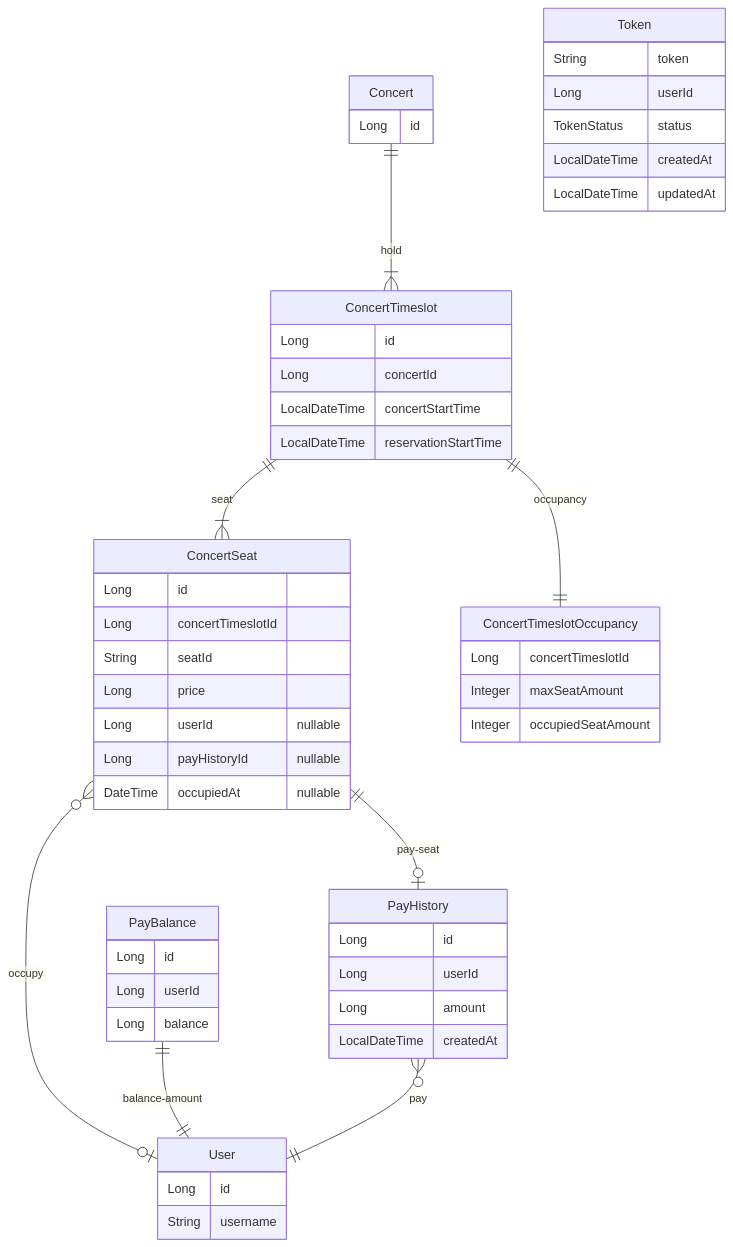
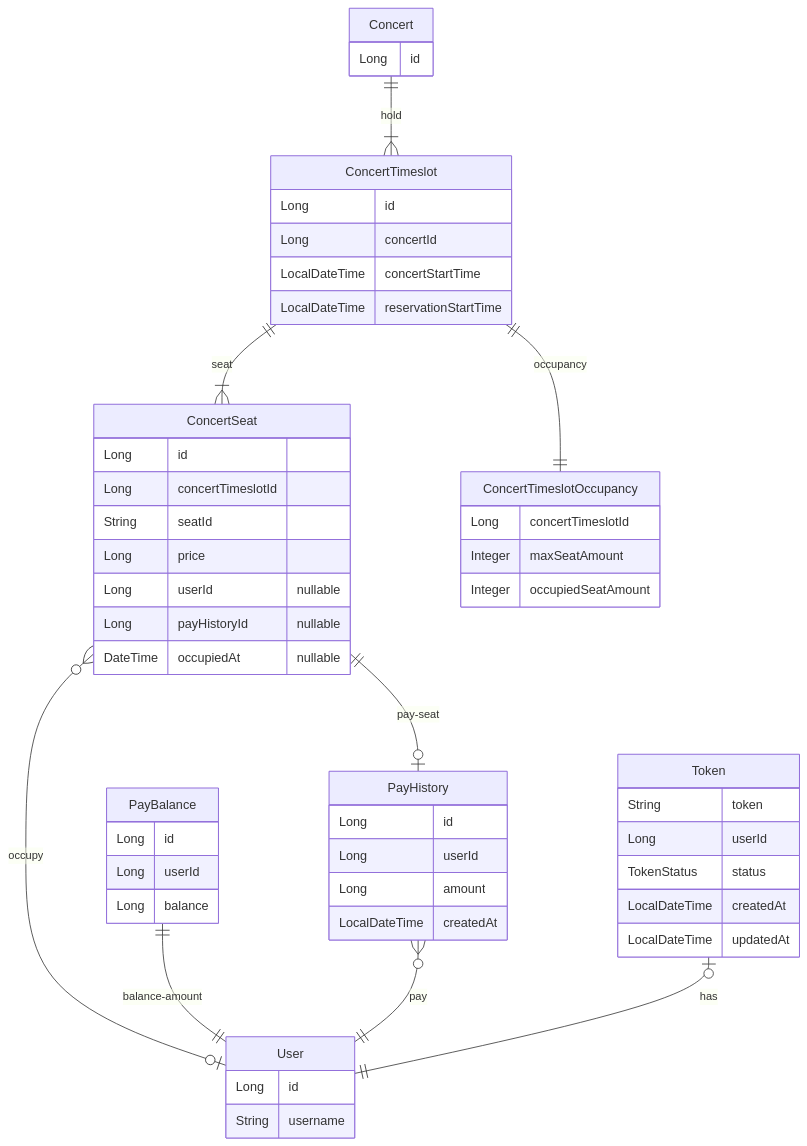
The eighth of 8 diagrams in week03_concert/README.md (JayHarrisonAhn/hhplus-assignment-tdd), drawn with Mermaid before and after one commit.

Commit message:
docs: fixed erd

````diff
--- a/week03_concert/README.md
+++ b/week03_concert/README.md
@@ -209,55 +209,56 @@
 ```mermaid
 erDiagram
 "Concert" {
     Long id
 }
 "ConcertTimeslot" {
     Long id
     Long concertId
     LocalDateTime concertStartTime
     LocalDateTime reservationStartTime
 }
 "ConcertSeat" {
     Long id
     Long concertTimeslotId
     String seatId
     Long price
     Long userId "nullable"
     Long payHistoryId "nullable"
     DateTime occupiedAt "nullable"
 }
 "ConcertTimeslotOccupancy" {
     Long concertTimeslotId
     Integer maxSeatAmount
     Integer occupiedSeatAmount
 }
 "PayBalance" {
     Long id
     Long userId
     Long balance
 }
 "PayHistory" {
     Long id
     Long userId
     Long amount
     LocalDateTime createdAt
 }
 "Token" {
     String token
     Long userId
     TokenStatus status
     LocalDateTime createdAt
     LocalDateTime updatedAt
 }
 "User" {
     Long id
     String username
 }
 "Concert" ||--|{ "ConcertTimeslot" : hold
 "ConcertTimeslot" ||--|| "ConcertTimeslotOccupancy": occupancy
 "ConcertTimeslot" ||--|{ "ConcertSeat": seat
 "ConcertSeat" ||--o| "PayHistory": pay-seat
 "ConcertSeat" }o--o| "User": occupy
 "PayBalance" ||--|| "User": balance-amount
 "PayHistory" }o--|| "User": pay
+"Token" |o--|| "User": has
 ```
````
